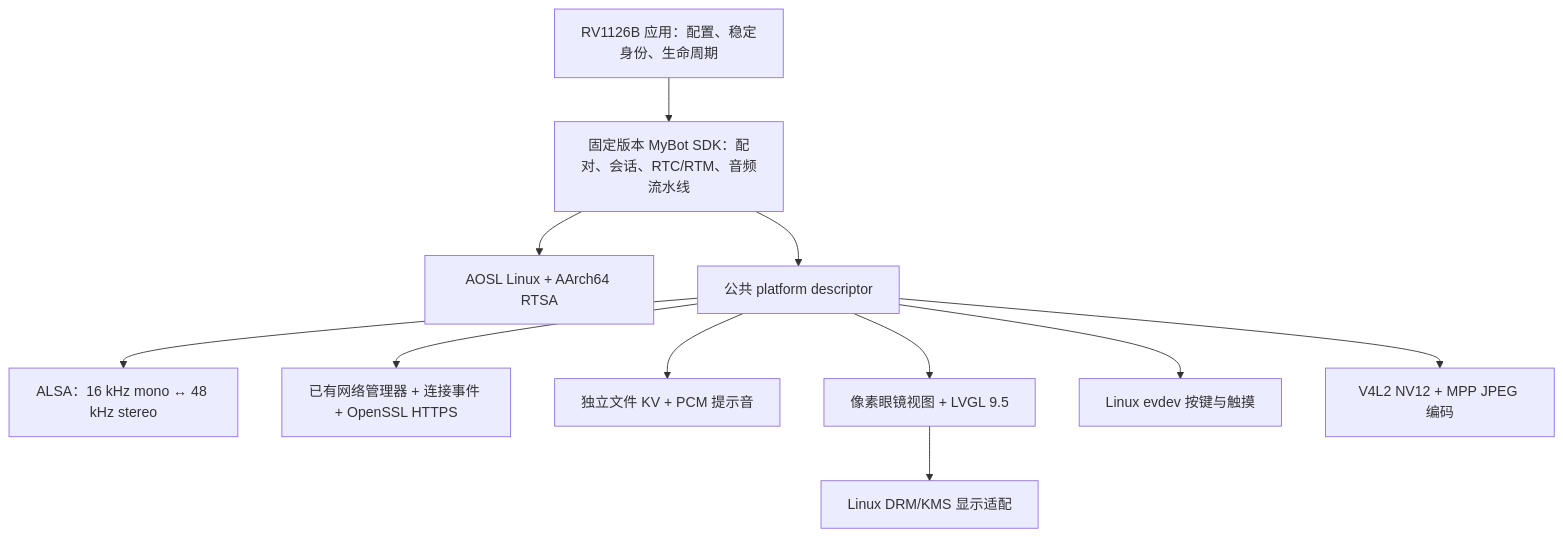
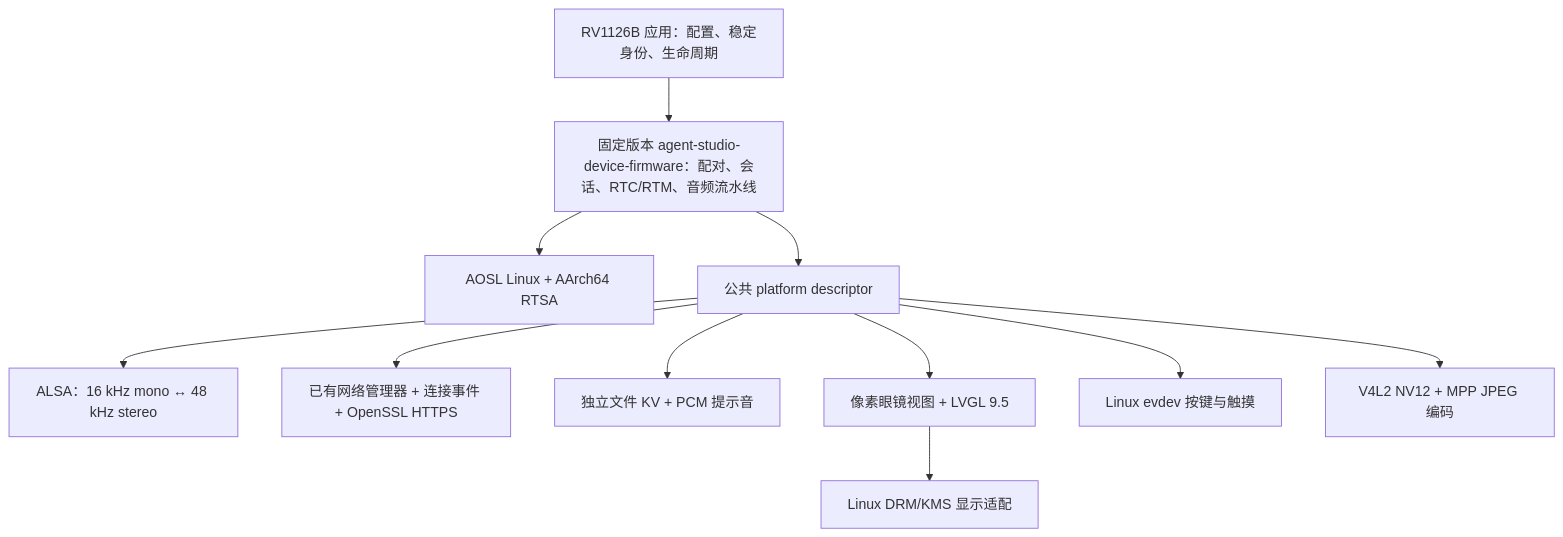
The diagram in docs/history/rv1126b-feasibility.zh-CN.md (AgoraIO-Community/agora-r2-pro-devkit), drawn with Mermaid before and after one commit. The commit also changed other lines of this file and 16 other files, not shown here.

````diff
--- a/docs/history/rv1126b-feasibility.zh-CN.md
+++ b/docs/history/rv1126b-feasibility.zh-CN.md
@@ -57,24 +57,24 @@
 ```mermaid
 flowchart TB
     app[RV1126B 应用：配置、稳定身份、生命周期]
-    sdk[固定版本 MyBot SDK：配对、会话、RTC/RTM、音频流水线]
+    sdk[固定版本 agent-studio-device-firmware：配对、会话、RTC/RTM、音频流水线]
     aosl[AOSL Linux + AArch64 RTSA]
     ops[公共 platform descriptor]
     audio[ALSA：16 kHz mono ↔ 48 kHz stereo]
     net[已有网络管理器 + 连接事件 + OpenSSL HTTPS]
     kv[独立文件 KV + PCM 提示音]
     ui[像素眼镜视图 + LVGL 9.5]
     drm[Linux DRM/KMS 显示适配]
     input[Linux evdev 按键与触摸]
     video[V4L2 NV12 + MPP JPEG 编码]
     app --> sdk
     sdk --> aosl
     sdk --> ops
     ops --> audio
     ops --> net
     ops --> kv
     ops --> ui
     ui --> drm
     ops --> input
     ops --> video
 ```
````
